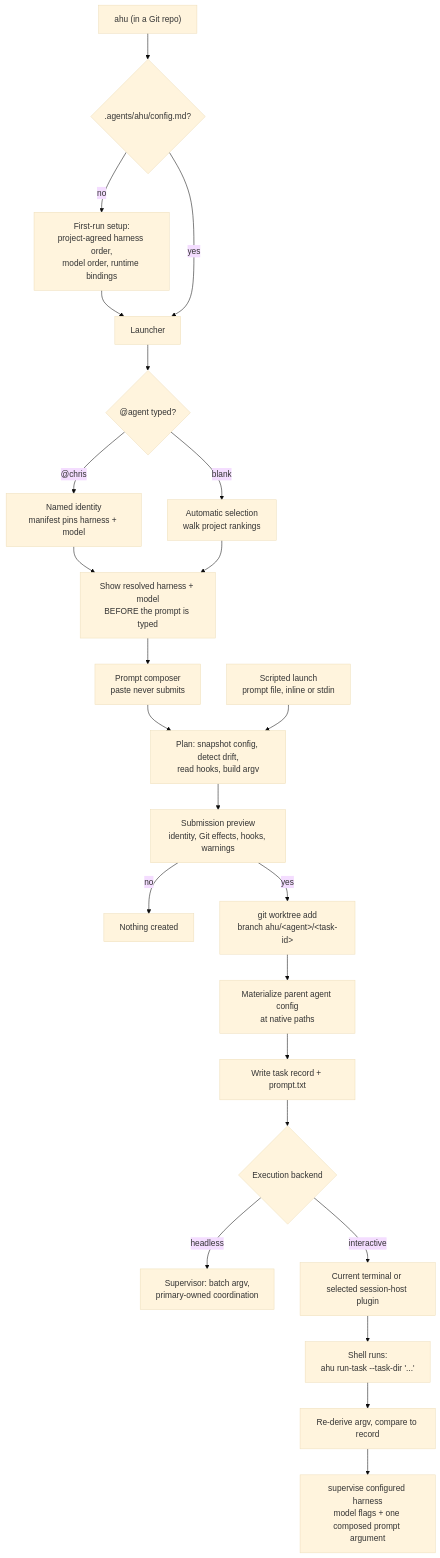
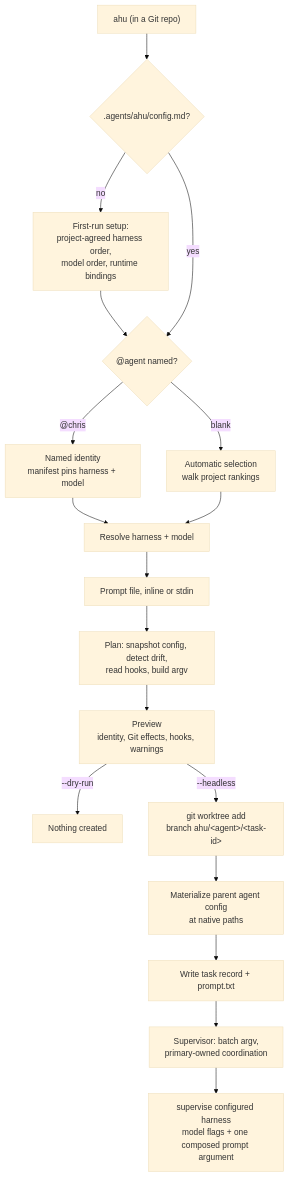
The first of 4 diagrams in .agents/skills/ahu-architecture/SKILL.md (moai-agent/ahu), drawn with Mermaid (base theme) before and after one commit. The commit also changed other lines of this file and 22 other files, not shown here.

First line of the commit message:
Retire stale session-host and interactive guidance from skills, docs and agent manifests

````diff
--- a/.agents/skills/ahu-architecture/SKILL.md
+++ b/.agents/skills/ahu-architecture/SKILL.md
@@ -117,29 +109,22 @@
 ```mermaid
 flowchart TD
     A["ahu (in a Git repo)"] --> B{".agents/ahu/config.md?"}
     B -- no --> C["First-run setup:<br/>project-agreed harness order,<br/>model order, runtime bindings"]
-    C --> D
-    B -- yes --> D["Launcher"]
-
-    D --> E{"@agent typed?"}
+    C --> E{"@agent named?"}
+    B -- yes --> E
     E -- "@chris" --> F["Named identity<br/>manifest pins harness + model"]
     E -- blank --> G["Automatic selection<br/>walk project rankings"]
-    F --> H["Show resolved harness + model<br/>BEFORE the prompt is typed"]
+    F --> H["Resolve harness + model"]
     G --> H
 
-    H --> I["Prompt composer<br/>paste never submits"]
-    I --> J["Plan: snapshot config, detect drift,<br/>read hooks, build argv"]
-    X["Scripted launch<br/>prompt file, inline or stdin"] --> J
-    J --> K["Submission preview<br/>identity, Git effects, hooks, warnings"]
-    K -- "no" --> L["Nothing created"]
-    K -- "yes" --> M["git worktree add<br/>branch ahu/&lt;agent&gt;/&lt;task-id&gt;"]
+    H --> X["Prompt file, inline or stdin"]
+    X --> J["Plan: snapshot config, detect drift,<br/>read hooks, build argv"]
+    J --> K["Preview<br/>identity, Git effects, hooks, warnings"]
+    K -- "--dry-run" --> L["Nothing created"]
+    K -- "--headless" --> M["git worktree add<br/>branch ahu/&lt;agent&gt;/&lt;task-id&gt;"]
 
     M --> N["Materialize parent agent config<br/>at native paths"]
     N --> O["Write task record + prompt.txt"]
-    O --> U{"Execution backend"}
-    U -- headless --> V["Supervisor: batch argv,<br/>primary-owned coordination"]
-    U -- interactive --> P["Current terminal or selected session-host plugin"]
-    P --> R["Shell runs:<br/>ahu run-task --task-dir '...'"]
-    R --> S["Re-derive argv, compare to record"]
-    S --> T["supervise configured harness<br/>model flags + one composed prompt argument"]
+    O --> V["Supervisor: batch argv,<br/>primary-owned coordination"]
+    V --> T["supervise configured harness<br/>model flags + one composed prompt argument"]
 ```
````
